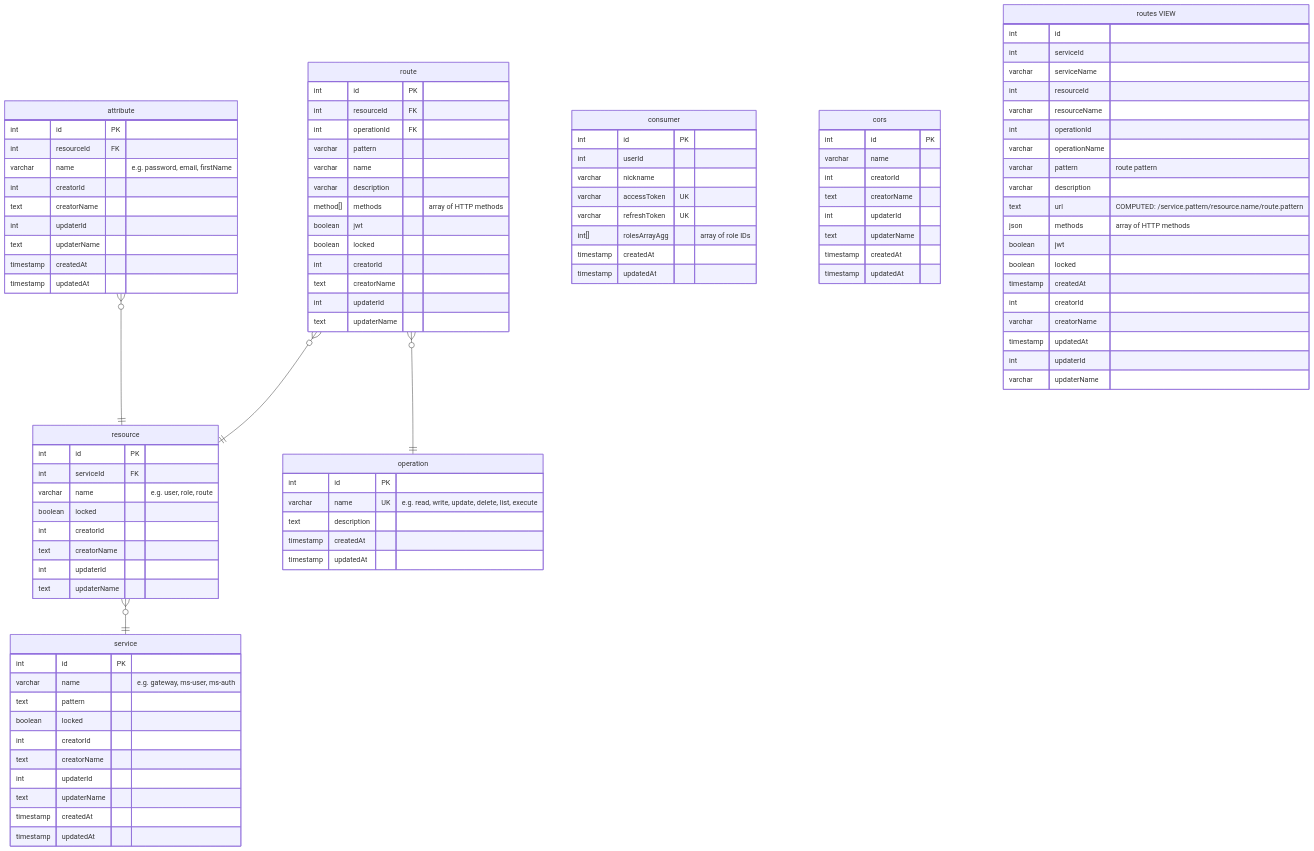
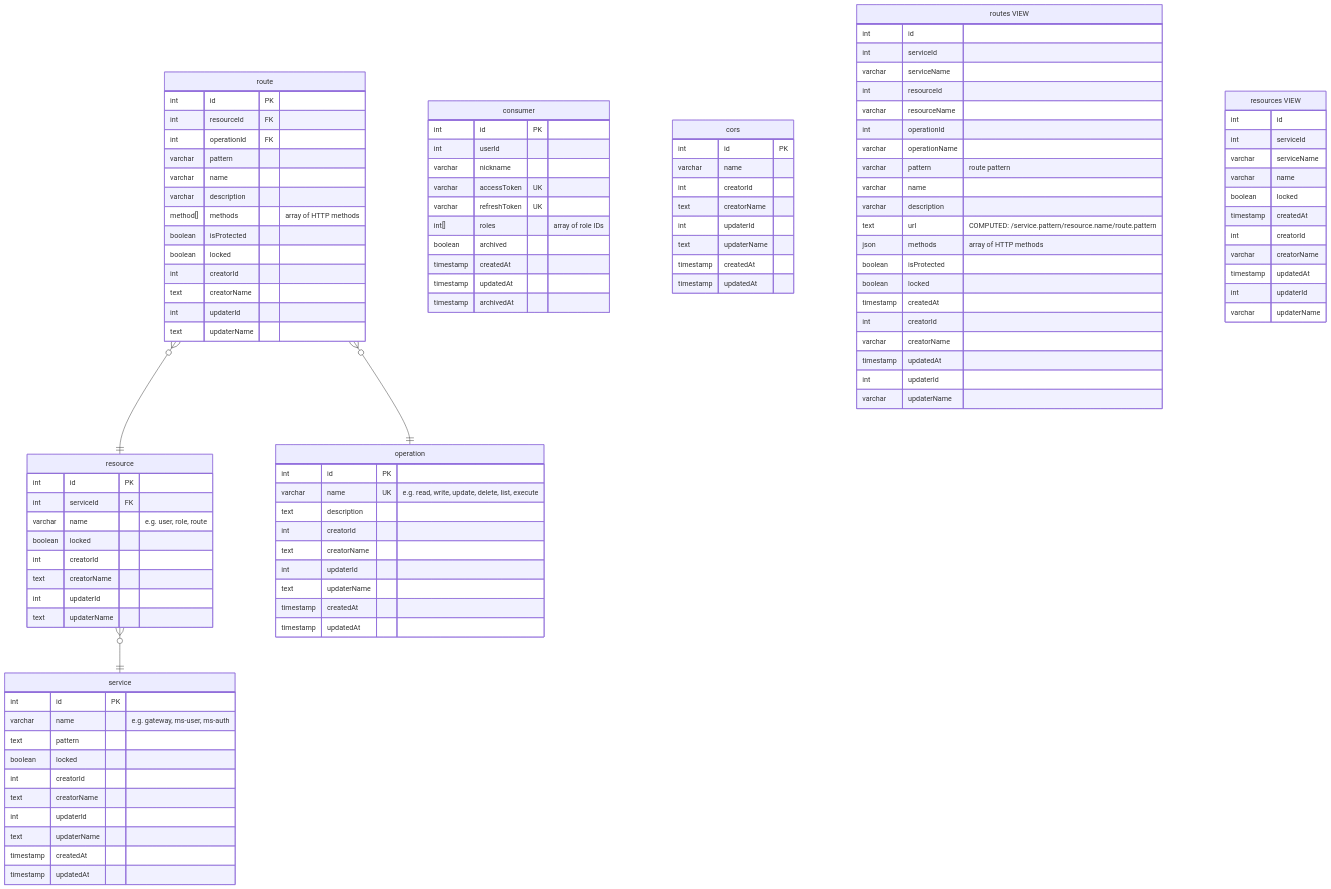
One commit to ALTEN-group/Gatelin changed the diagram in doc/erd.md. Above: the diagram before and after it, drawn with Mermaid. The commit also changed 2 other files, not shown here.

Commit message:
feat(erd): update consumer and operation attributes

```diff
--- a/doc/erd.md
+++ b/doc/erd.md
@@ -10,16 +10,17 @@
   route }o--|| resource : ""
   resource }o--|| service : ""
   route }o--|| operation : ""
-  attribute }o--|| resource : ""
   consumer {
     int id PK
     int userId
     varchar nickname
     varchar accessToken UK
     varchar refreshToken UK
-    int[] rolesArrayAgg "array of role IDs"
+    int[] roles "array of role IDs"
+    boolean archived
     timestamp createdAt
     timestamp updatedAt
+    timestamp archivedAt
   }
 
   service {
@@ -65,7 +66,7 @@
     varchar name
     varchar description
     method[] methods "array of HTTP methods"
-    boolean jwt
+    boolean isProtected
     boolean locked
     int creatorId
     text creatorName
@@ -82,10 +83,25 @@
     int operationId
     varchar operationName
     varchar pattern "route pattern"
+    varchar name
     varchar description
     text url "COMPUTED: /service.pattern/resource.name/route.pattern"
     json methods "array of HTTP methods"
-    boolean jwt
+    boolean isProtected
+    boolean locked
+    timestamp createdAt
+    int creatorId
+    varchar creatorName
+    timestamp updatedAt
+    int updaterId
+    varchar updaterName
+  }
+
+  resources["resources VIEW"] {
+    int id
+    int serviceId
+    varchar serviceName
+    varchar name
     boolean locked
     timestamp createdAt
     int creatorId
@@ -99,14 +115,6 @@
     int id PK
     varchar name UK "e.g. read, write, update, delete, list, execute"
     text description
-    timestamp createdAt
-    timestamp updatedAt
-  }
-
-  attribute {
-    int id PK
-    int resourceId FK
-    varchar name "e.g. password, email, firstName"
     int creatorId
     text creatorName
     int updaterId
```
